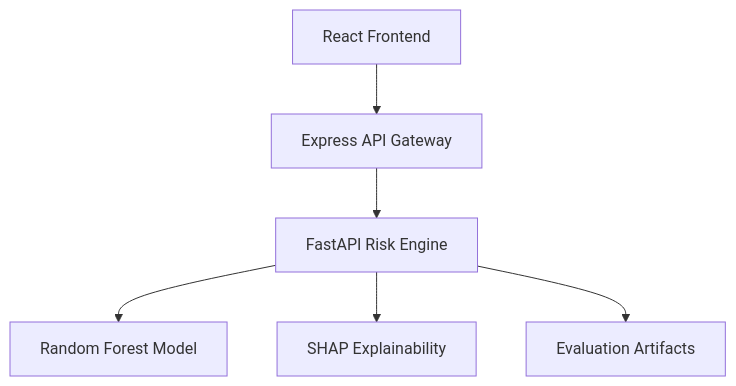
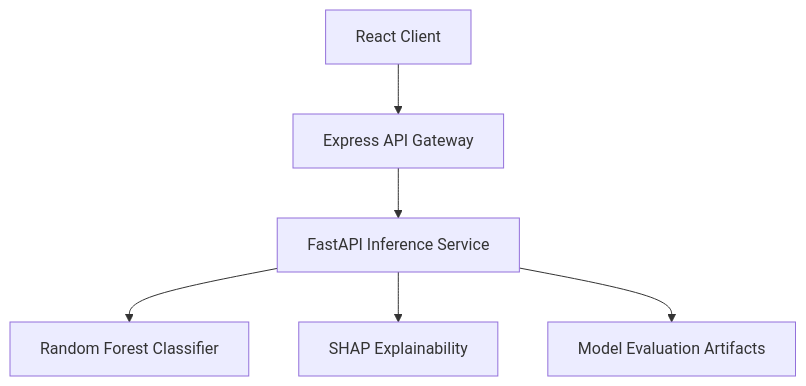
One commit to Aman-Dinesh-Mishra/Argus changed the diagram in README.md. Above: the diagram before and after it, drawn with Mermaid. The commit also changed other lines of this file, not shown here.

````diff
--- a/README.md
+++ b/README.md
@@ -9,8 +10,8 @@
 ```mermaid
 flowchart TD
-    A[React Frontend] --> B[Express API Gateway]
-    B --> C[FastAPI Risk Engine]
-    C --> D[Random Forest Model]
-    C --> E[SHAP Explainability]
-    C --> F[Evaluation Artifacts]
+    A["React Client"] --> B["Express API Gateway"]
+    B --> C["FastAPI Inference Service"]
+    C --> D["Random Forest Classifier"]
+    C --> E["SHAP Explainability"]
+    C --> F["Model Evaluation Artifacts"]
 ```
````
